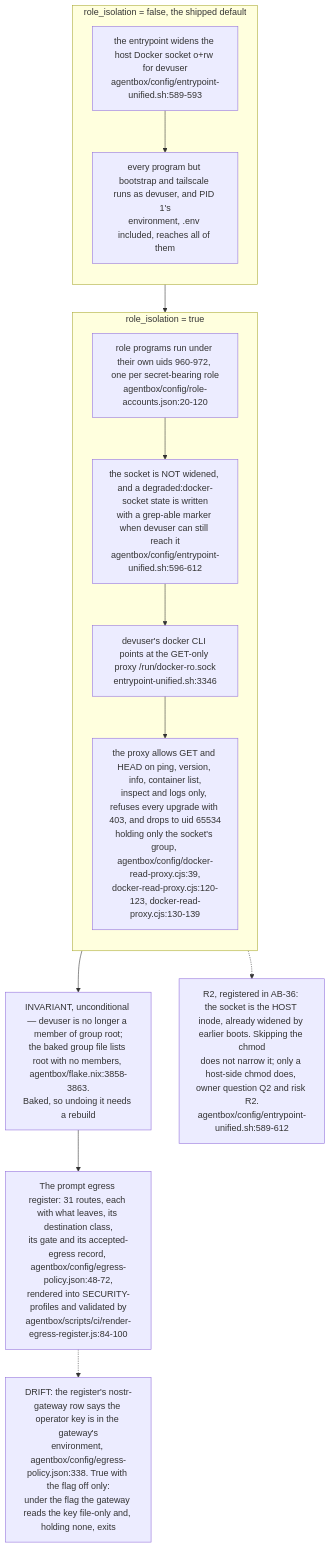
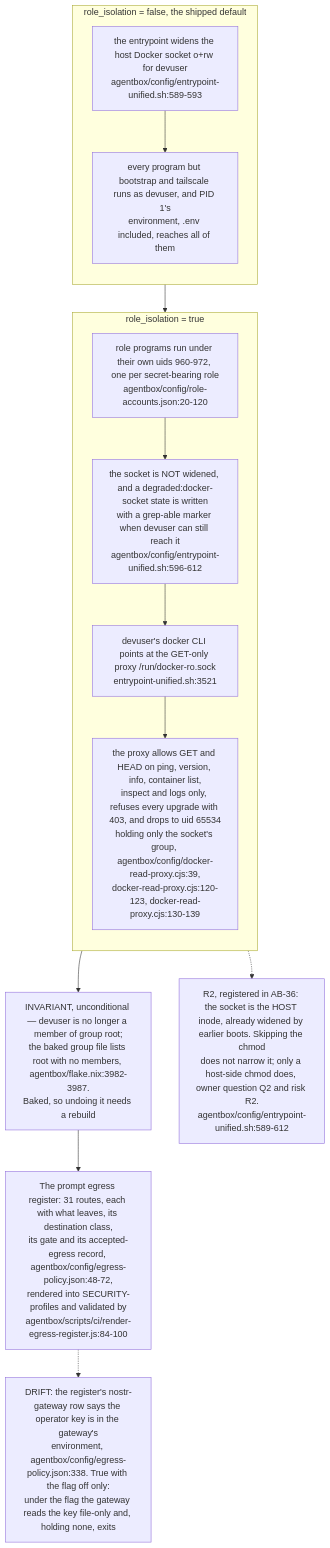
One commit to DreamLab-AI/VisionFlow changed the tenth of 11 diagrams in docs/diagrams/estate/10-deployment-and-security-profiles.md. Above: the diagram before and after it, drawn with Mermaid. The commit also changed other lines of this file and 80 other files, not shown here.

First line of the commit message:
docs(diagrams): re-verify the agentbox, dreamlab, estate and visionflow corpus against current sources

````diff
--- a/docs/diagrams/estate/10-deployment-and-security-profiles.md
+++ b/docs/diagrams/estate/10-deployment-and-security-profiles.md
@@ -388,24 +388,24 @@
 ```mermaid
 flowchart TB
     subgraph OFF["role_isolation = false, the shipped default"]
         direction TB
         O1["the entrypoint widens the host Docker socket o+rw for devuser<br/>agentbox/config/entrypoint-unified.sh:589-593"]
         O2["every program but bootstrap and tailscale runs as devuser, and PID 1's<br/>environment, .env included, reaches all of them"]
         O1 --> O2
     end
     subgraph ON["role_isolation = true"]
         direction TB
         A1["role programs run under their own uids 960-972, one per secret-bearing role<br/>agentbox/config/role-accounts.json:20-120"]
         A2["the socket is NOT widened, and a degraded:docker-socket state is written<br/>with a grep-able marker when devuser can still reach it<br/>agentbox/config/entrypoint-unified.sh:596-612"]
-        A3["devuser's docker CLI points at the GET-only proxy /run/docker-ro.sock<br/>entrypoint-unified.sh:3346"]
+        A3["devuser's docker CLI points at the GET-only proxy /run/docker-ro.sock<br/>entrypoint-unified.sh:3521"]
         A4["the proxy allows GET and HEAD on ping, version, info, container list,<br/>inspect and logs only, refuses every upgrade with 403, and drops to uid 65534<br/>holding only the socket's group, agentbox/config/docker-read-proxy.cjs:39,<br/>docker-read-proxy.cjs:120-123, docker-read-proxy.cjs:130-139"]
         A1 --> A2 --> A3 --> A4
     end
     OFF --> ON
-    GR["INVARIANT, unconditional — devuser is no longer a member of group root;<br/>the baked group file lists root with no members, agentbox/flake.nix:3858-3863.<br/>Baked, so undoing it needs a rebuild"]
+    GR["INVARIANT, unconditional — devuser is no longer a member of group root;<br/>the baked group file lists root with no members, agentbox/flake.nix:3982-3987.<br/>Baked, so undoing it needs a rebuild"]
     ON --> GR
     EG["The prompt egress register: 31 routes, each with what leaves, its destination class,<br/>its gate and its accepted-egress record, agentbox/config/egress-policy.json:48-72,<br/>rendered into SECURITY-profiles and validated by<br/>agentbox/scripts/ci/render-egress-register.js:84-100"]
     GR --> EG
     A2 -.-> OPEN2["R2, registered in AB-36: the socket is the HOST inode, already widened by earlier boots. Skipping the chmod<br/>does not narrow it; only a host-side chmod does, owner question Q2 and risk R2.<br/>agentbox/config/entrypoint-unified.sh:589-612"]
     EG -.-> DR["DRIFT: the register's nostr-gateway row says the operator key is in the gateway's<br/>environment, agentbox/config/egress-policy.json:338. True with the flag off only:<br/>under the flag the gateway reads the key file-only and, holding none, exits"]
 ```
````
